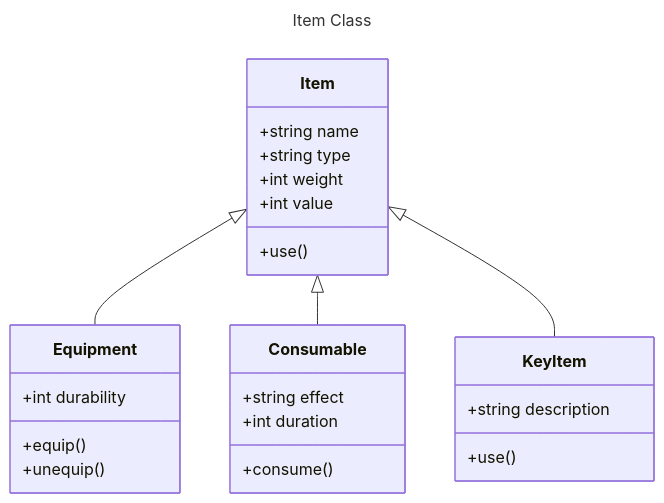
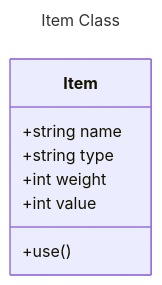
One commit to pacalso-jjc/2425-2nd-cc3-1e-rpg changed the diagram in wiki/Class-Diagram‐Item-Class.md. Above: the diagram before and after it, drawn with Mermaid.

Commit message:
Unnecessary Items removed

````diff
--- a/wiki/Class-Diagram‐Item-Class.md
+++ b/wiki/Class-Diagram‐Item-Class.md
@@ -1,30 +1,13 @@
 ```mermaid
 ---
 title: Item Class
 ---
 classDiagram
     class Item {
         +string name
         +string type
         +int weight
         +int value
         +use()
     }
-    class Equipment {
-        +int durability
-        +equip()
-        +unequip()
-    }
-    class Consumable {
-        +string effect
-        +int duration
-        +consume()
-    }
-    class KeyItem {
-        +string description
-        +use()
-    }
-    Item <|-- Equipment
-    Item <|-- Consumable
-    Item <|-- KeyItem
 ```
````
